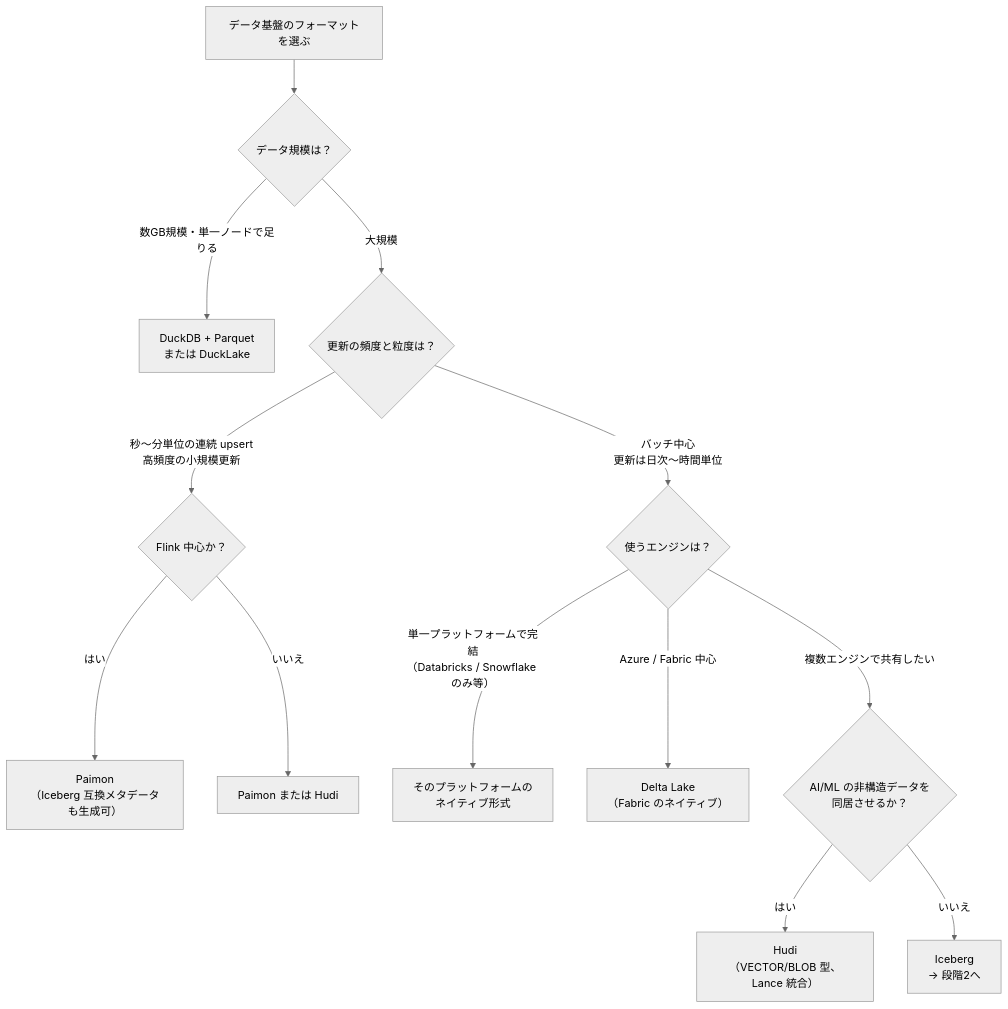
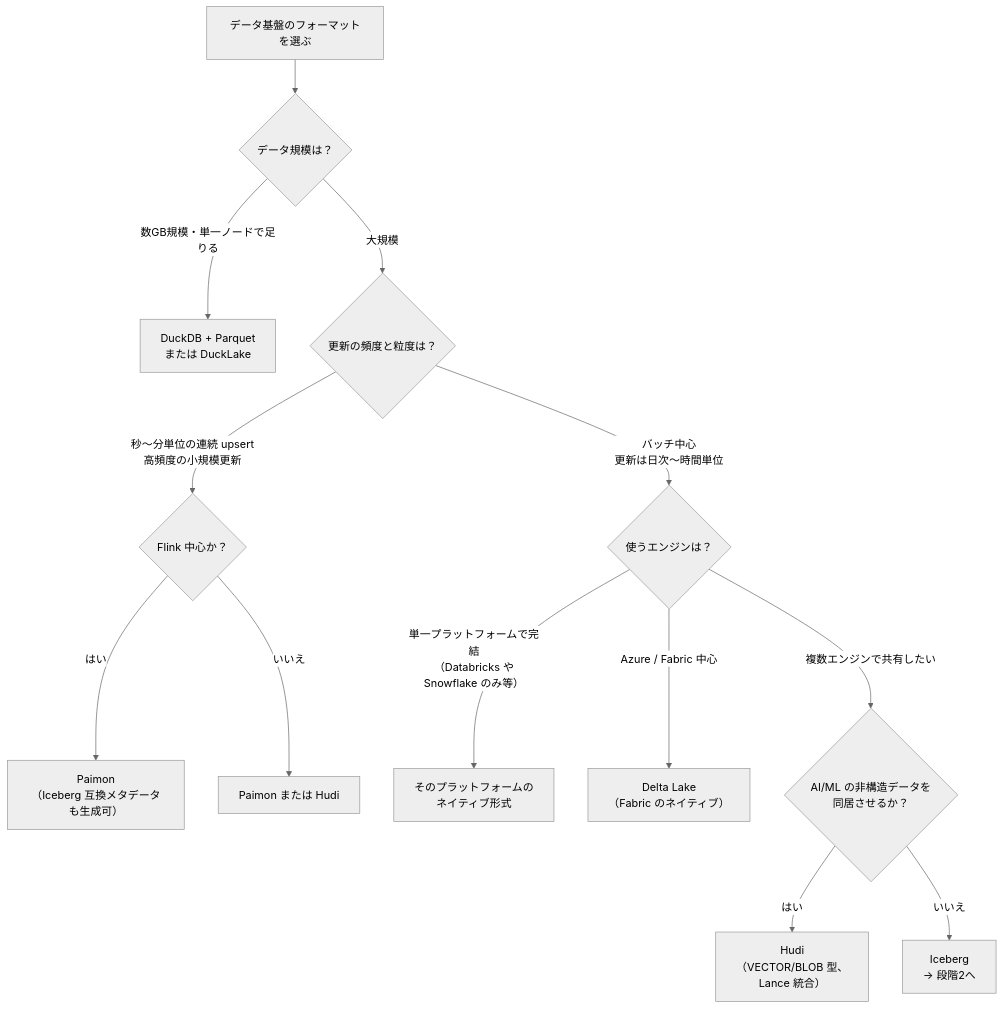
The first of 3 diagrams in docs/08-decision-guide.md (dobachi/iceberg-research), drawn with Mermaid (neutral theme) before and after one commit. The commit also changed other lines of this file and 2 other files, not shown here.

First line of the commit message:
08: 図のラベル切れを修正し、用語と制約の説明を補う

````diff
--- a/docs/08-decision-guide.md
+++ b/docs/08-decision-guide.md
@@ -19,17 +19,17 @@
 ```mermaid
 flowchart TD
     S["データ基盤のフォーマットを選ぶ"] --> Q1{"データ規模は？"}
     Q1 -->|"数GB規模・単一ノードで足りる"| DL["DuckDB + Parquet<br/>または DuckLake"]
     Q1 -->|"大規模"| Q2{"更新の頻度と粒度は？"}
 
     Q2 -->|"秒〜分単位の連続 upsert<br/>高頻度の小規模更新"| Q3{"Flink 中心か？"}
     Q3 -->|"はい"| PA["Paimon<br/>（Iceberg 互換メタデータも生成可）"]
     Q3 -->|"いいえ"| PH["Paimon または Hudi"]
 
     Q2 -->|"バッチ中心<br/>更新は日次〜時間単位"| Q4{"使うエンジンは？"}
-    Q4 -->|"単一プラットフォームで完結<br/>（Databricks / Snowflake のみ等）"| NA["そのプラットフォームの<br/>ネイティブ形式"]
+    Q4 -->|"単一プラットフォームで完結<br/>（Databricks や<br/>Snowflake のみ等）"| NA["そのプラットフォームの<br/>ネイティブ形式"]
     Q4 -->|"Azure / Fabric 中心"| DE["Delta Lake<br/>（Fabric のネイティブ）"]
     Q4 -->|"複数エンジンで共有したい"| Q5{"AI/ML の非構造データを<br/>同居させるか？"}
-    Q5 -->|"はい"| HU["Hudi<br/>（VECTOR/BLOB 型、Lance 統合）"]
+    Q5 -->|"はい"| HU["Hudi<br/>（VECTOR/BLOB 型、<br/>Lance 統合）"]
     Q5 -->|"いいえ"| IC["Iceberg<br/>→ 段階2へ"]
 ```
````
